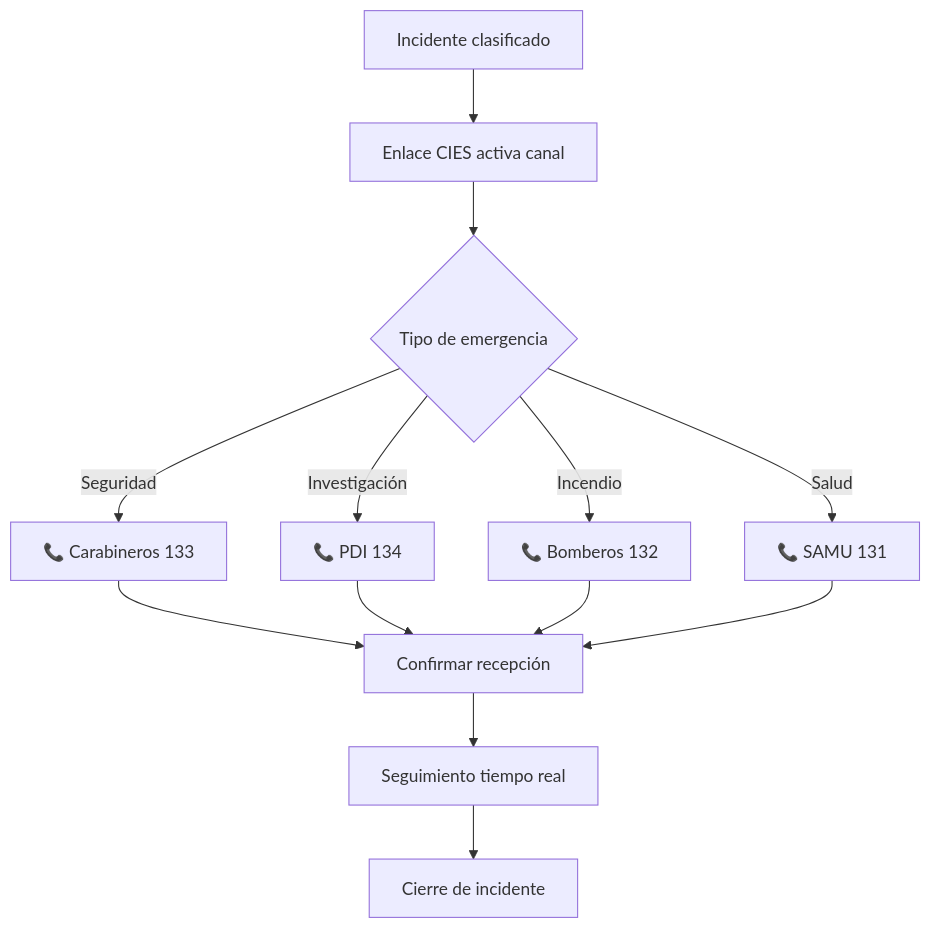
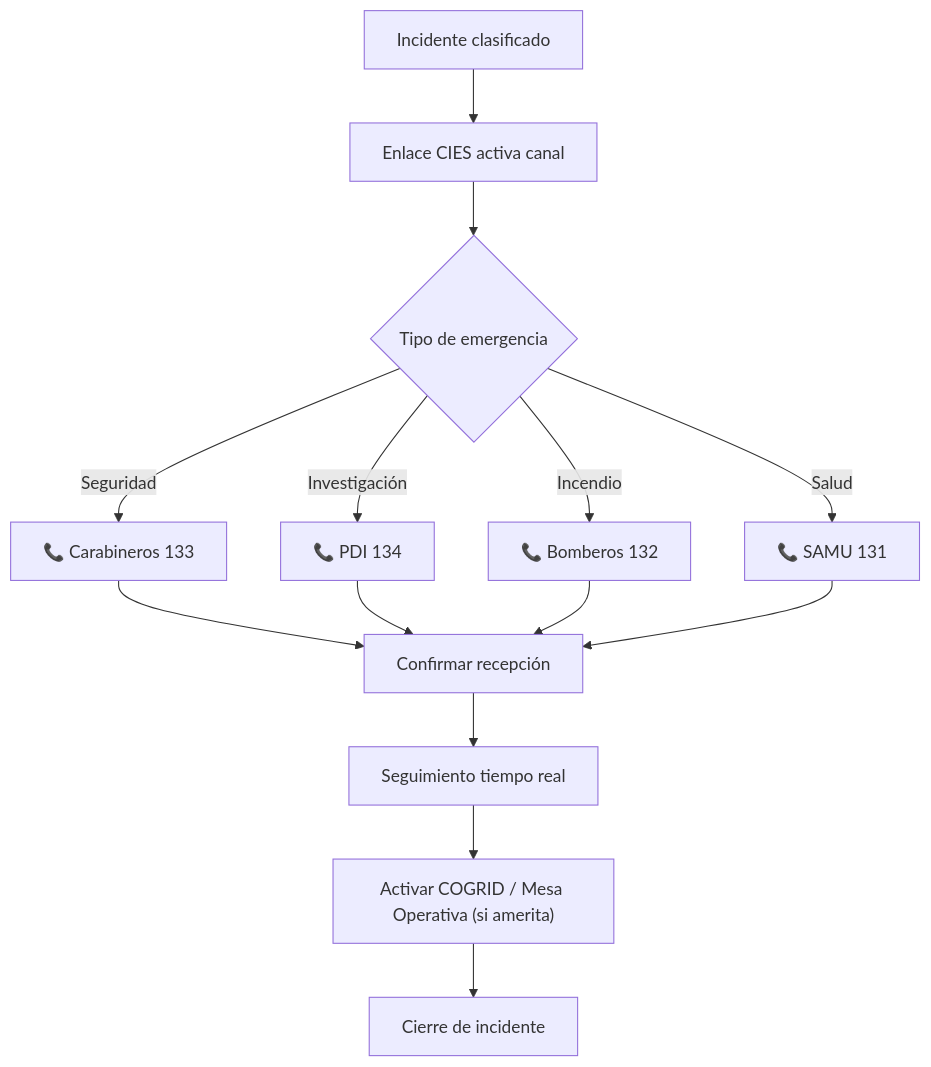
One commit to felix-antonio-sl/gore_os changed the third of 7 diagrams in docs/blueprint/domains/domain_d-seg.md. Above: the diagram before and after it, drawn with Mermaid. The commit also changed other lines of this file and 26 other files, not shown here.

````diff
--- a/docs/blueprint/domains/domain_d-seg.md
+++ b/docs/blueprint/domains/domain_d-seg.md
@@ -166,14 +169,15 @@
 ```mermaid
 flowchart TD
     A["Incidente clasificado"] --> B["Enlace CIES activa canal"]
     B --> C{"Tipo de emergencia"}
     
     C -->|"Seguridad"| D["📞 Carabineros 133"]
     C -->|"Investigación"| E["📞 PDI 134"]
     C -->|"Incendio"| F["📞 Bomberos 132"]
     C -->|"Salud"| G["📞 SAMU 131"]
     
     D & E & F & G --> H["Confirmar recepción"]
     H --> I["Seguimiento tiempo real"]
-    I --> J["Cierre de incidente"]
+    I --> K["Activar COGRID / Mesa Operativa (si amerita)"]
+    K --> J["Cierre de incidente"]
 ```
````
